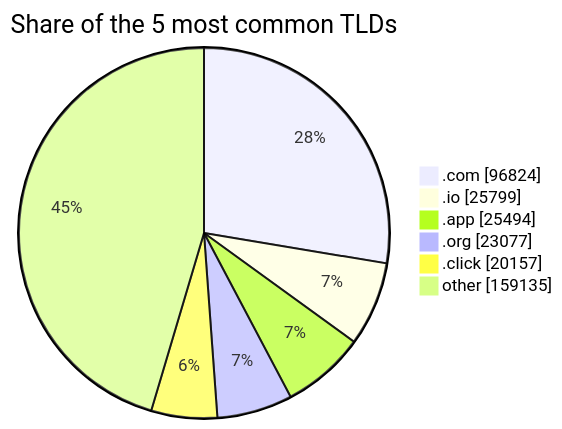
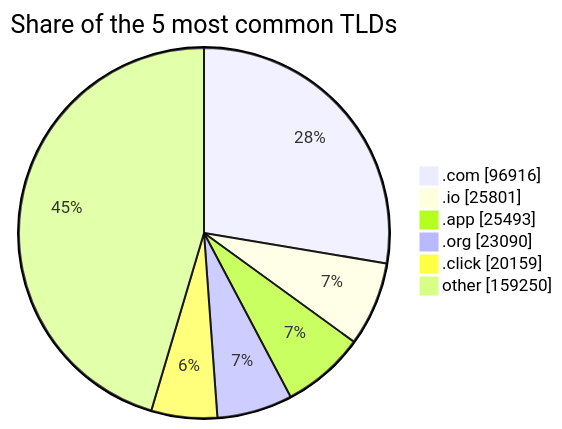
One commit to DNSBunker/CTI changed the third of 3 diagrams in README.md. Above: the diagram before and after it, drawn with Mermaid. The commit also changed other lines of this file and 3 other files, not shown here.

````diff
--- a/README.md
+++ b/README.md
@@ -81,9 +81,9 @@
 ```mermaid
 pie showData title Share of the 5 most common TLDs
-    ".com" : 96824
-    ".io" : 25799
-    ".app" : 25494
-    ".org" : 23077
-    ".click" : 20157
-    "other" : 159135
+    ".com" : 96916
+    ".io" : 25801
+    ".app" : 25493
+    ".org" : 23090
+    ".click" : 20159
+    "other" : 159250
 ```
````
